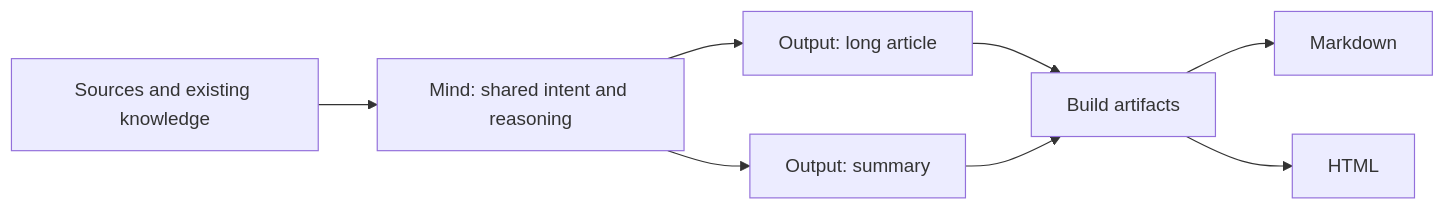
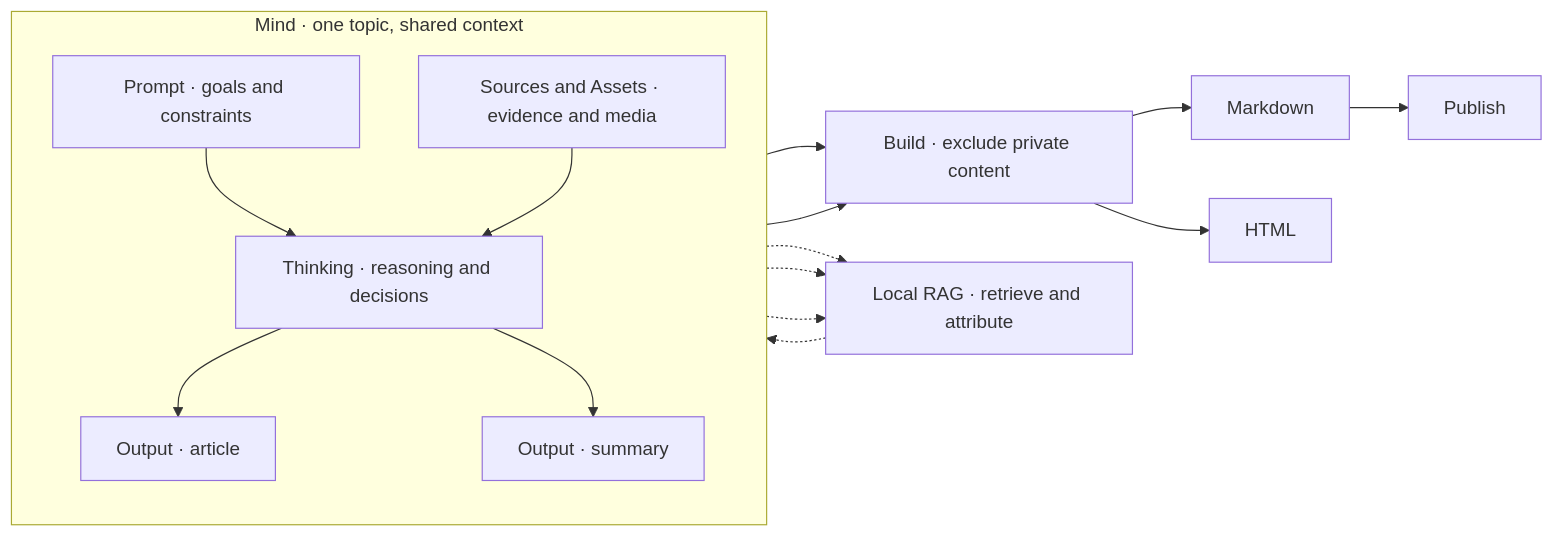
The first of 2 diagrams in README.md (alswl/mind-forge), drawn with Mermaid before and after one commit. The commit also changed other lines of this file and 1 other file, not shown here.

````diff
--- a/README.md
+++ b/README.md
@@ -14,10 +14,19 @@
 ```mermaid
 flowchart LR
-  Materials[Sources and existing knowledge] --> Mind[Mind: shared intent and reasoning]
-  Mind --> Long[Output: long article]
-  Mind --> Short[Output: summary]
-  Long --> Build[Build artifacts]
-  Short --> Build
+  subgraph Mind["Mind · one topic, shared context"]
+    direction TB
+    Intent["Prompt · goals and constraints"] --> Reason["Thinking · reasoning and decisions"]
+    Evidence["Sources and Assets · evidence and media"] --> Reason
+    Reason --> Article["Output · article"]
+    Reason --> Summary["Output · summary"]
+  end
+  Article --> Build["Build · exclude private content"]
+  Summary --> Build
   Build --> MD[Markdown]
   Build --> HTML[HTML]
+  MD --> Publish[Publish]
+  Evidence -.-> Search["Local RAG · retrieve and attribute"]
+  Article -.-> Search
+  Summary -.-> Search
+  Search -.-> Reason
 ```
````
